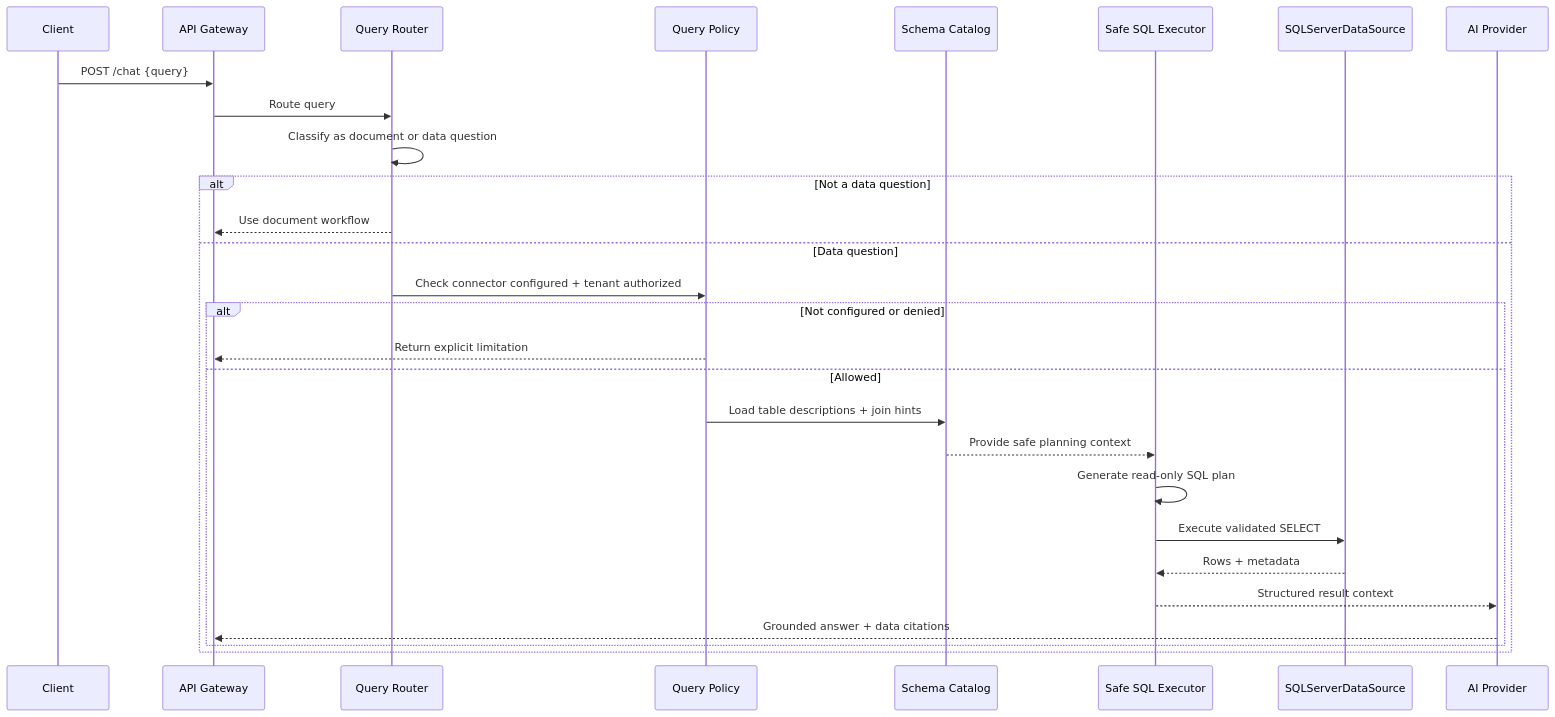
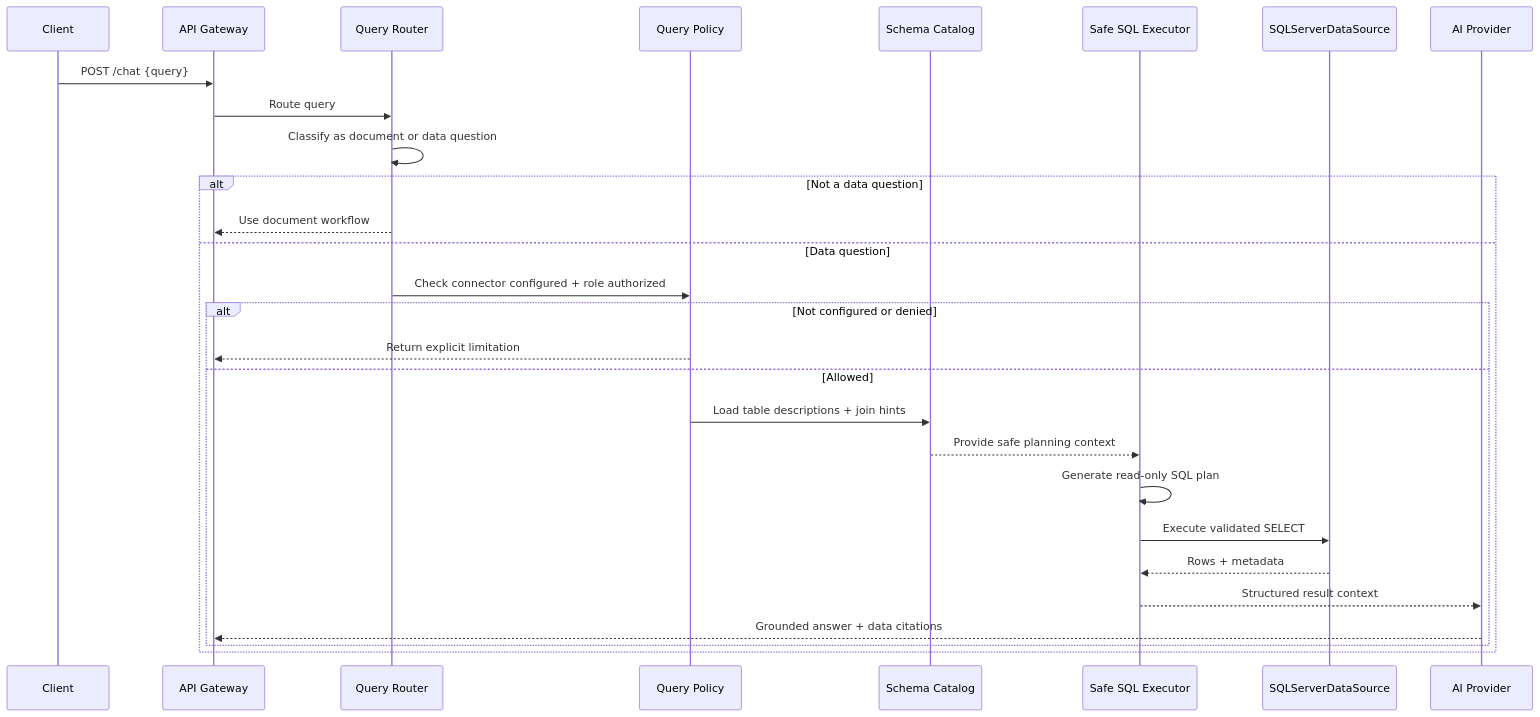
Before and after one commit to qtuanph/chatbot-rag: the third of 4 diagrams in docs/03_CORE_WORKFLOWS.md, drawn with Mermaid. The commit also changed other lines of this file and 22 other files, not shown here.

First line of the commit message:
Refactor project to support role-based authentication and project-only schema

````diff
--- a/docs/03_CORE_WORKFLOWS.md
+++ b/docs/03_CORE_WORKFLOWS.md
@@ -124,32 +124,32 @@
 ```mermaid
 sequenceDiagram
     participant C as Client
     participant API as API Gateway
     participant Router as Query Router
     participant Policy as Query Policy
     participant Catalog as Schema Catalog
     participant SQL as Safe SQL Executor
     participant DS as SQLServerDataSource
     participant AI as AI Provider
 
     C->>API: POST /chat {query}
     API->>Router: Route query
     Router->>Router: Classify as document or data question
 
     alt Not a data question
         Router-->>API: Use document workflow
     else Data question
-        Router->>Policy: Check connector configured + tenant authorized
+        Router->>Policy: Check connector configured + role authorized
         alt Not configured or denied
             Policy-->>API: Return explicit limitation
         else Allowed
             Policy->>Catalog: Load table descriptions + join hints
             Catalog-->>SQL: Provide safe planning context
             SQL->>SQL: Generate read-only SQL plan
             SQL->>DS: Execute validated SELECT
             DS-->>SQL: Rows + metadata
             SQL-->>AI: Structured result context
             AI-->>API: Grounded answer + data citations
         end
     end
 ```
````
